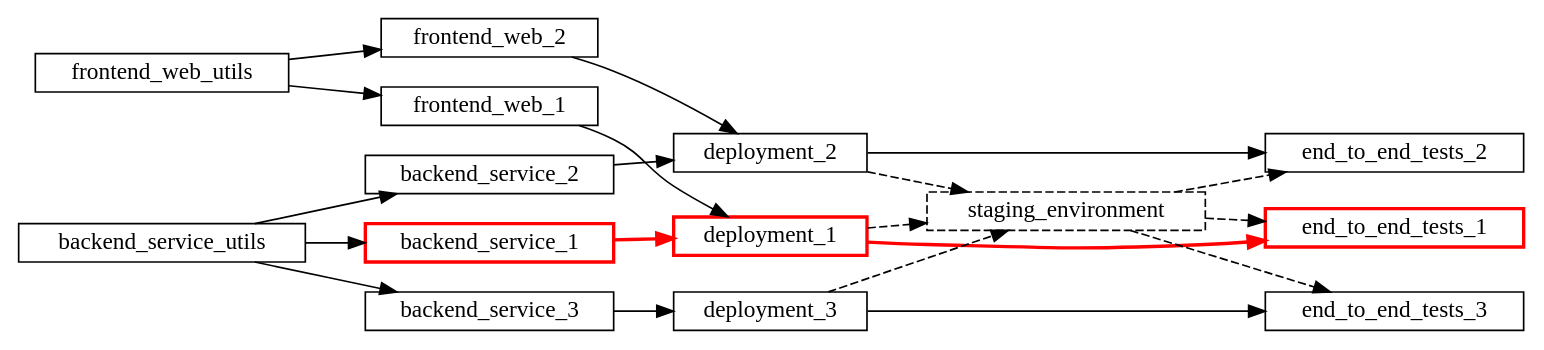
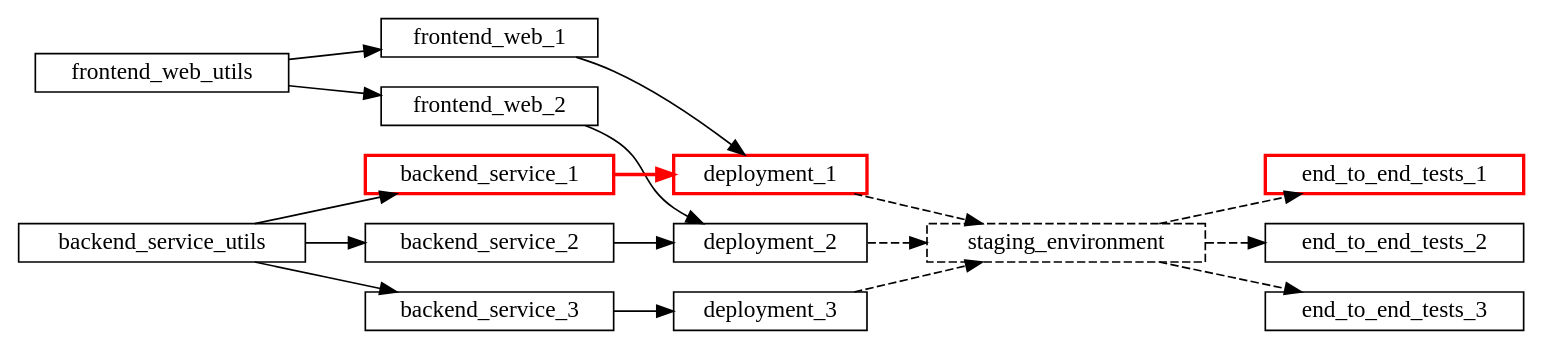
Before and after one commit to com-lihaoyi/mill: the seventh of 7 diagrams in blog/modules/ROOT/pages/3-selective-test-execution.adoc, drawn with Graphviz. The commit also changed other lines of this file, not shown here.

````diff
--- a/blog/modules/ROOT/pages/3-selective-test-execution.adoc
+++ b/blog/modules/ROOT/pages/3-selective-test-execution.adoc
@@ -302,31 +343,29 @@
 ```graphviz
 digraph G {
   rankdir=LR
   node [shape=box width=0 height=0 style=filled fillcolor=white]
 
+  frontend_web_utils -> frontend_web_2 -> deployment_2
   frontend_web_utils -> frontend_web_1 -> deployment_1
-  frontend_web_utils -> frontend_web_2 -> deployment_2
+
+  backend_service_utils -> backend_service_3 -> deployment_3
+  backend_service_utils -> backend_service_2 -> deployment_2
   backend_service_utils -> backend_service_1
+
   backend_service_1 [color=red, penwidth=2]
   deployment_1 [color=red, penwidth=2]
   backend_service_1 -> deployment_1 [color=red, penwidth=2]
-  backend_service_utils -> backend_service_2 -> deployment_2
-  backend_service_utils -> backend_service_3 -> deployment_3
 
-  deployment_1 -> staging_environment [style=dashed]
-  deployment_2 -> staging_environment [style=dashed]
-  deployment_3 -> staging_environment [style=dashed]
+
+  deployment_3 -> staging_environment -> end_to_end_tests_1 [style=dashed]
+
+  deployment_2 -> staging_environment -> end_to_end_tests_2 [style=dashed]
+  deployment_1 -> staging_environment -> end_to_end_tests_3 [style=dashed]
   staging_environment [style=dashed]
+
+
   end_to_end_tests_1 [color=red, penwidth=2]
   end_to_end_tests_2
   end_to_end_tests_3
-
-  staging_environment -> end_to_end_tests_1 [style=dashed]
-  staging_environment -> end_to_end_tests_2 [style=dashed]
-  staging_environment -> end_to_end_tests_3 [style=dashed]
-
-  deployment_1 -> end_to_end_tests_1  [color=red, penwidth=2]
-  deployment_2 -> end_to_end_tests_2
-  deployment_3 -> end_to_end_tests_3
 }
 ```
````
